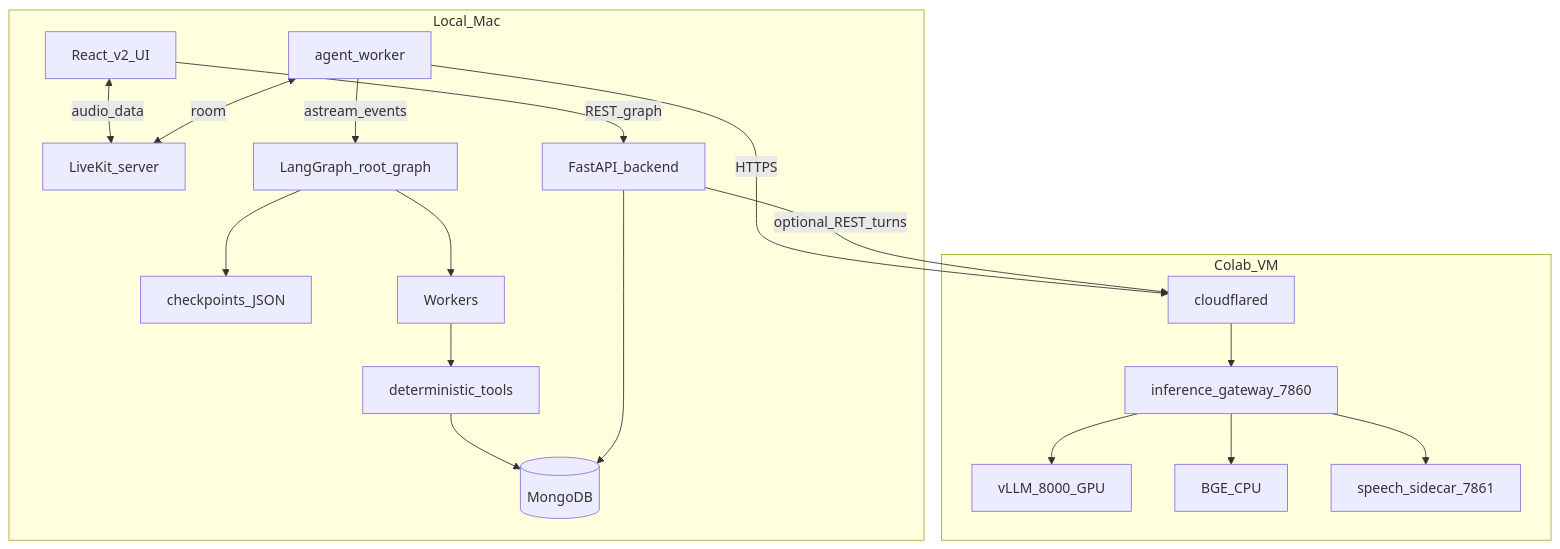
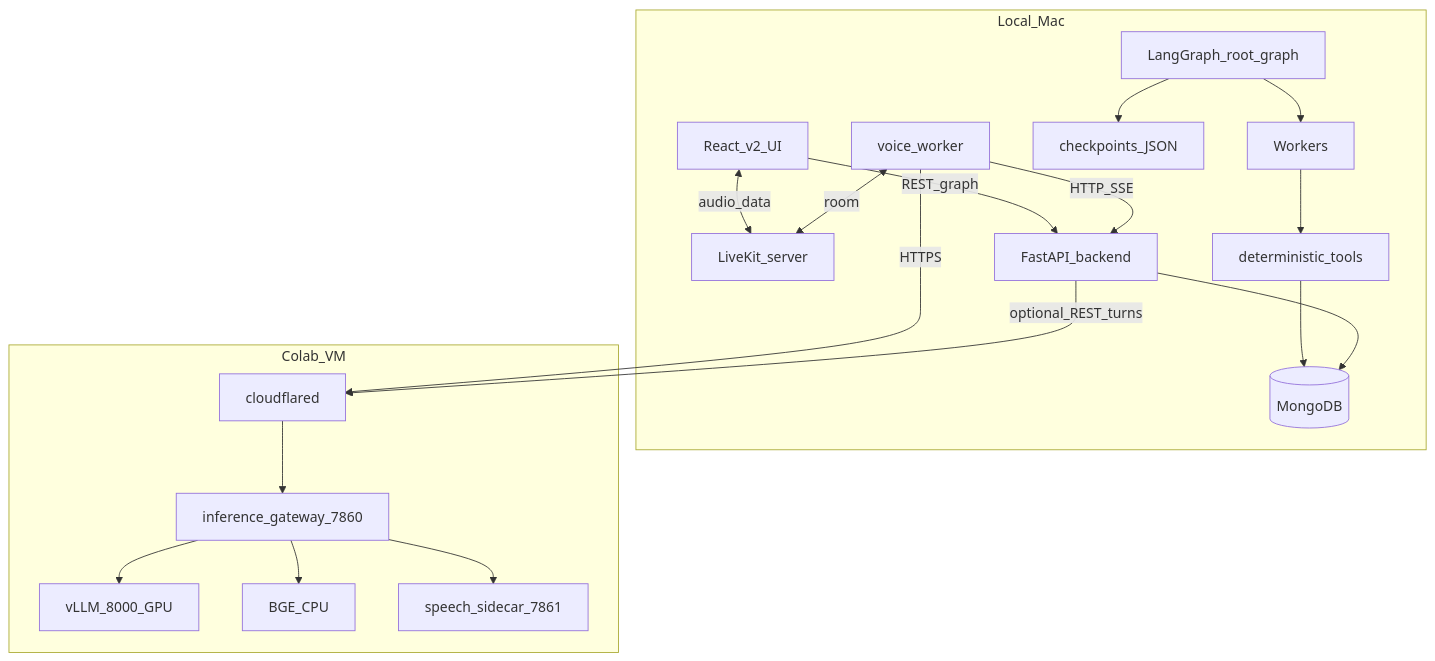
One commit to vedpatwardhan/me-mex changed the diagram in README.md. Above: the diagram before and after it, drawn with Mermaid. The commit also changed other lines of this file and 26 other files, not shown here.

First line of the commit message:
Rename LiveKit sidecar to voice_worker/voice_agent.

````diff
--- a/README.md
+++ b/README.md
@@ -121,30 +129,30 @@
 ```mermaid
 flowchart TB
   subgraph local [Local_Mac]
     UI[React_v2_UI]
     LK[LiveKit_server]
-    WK[agent_worker]
+    WK[voice_worker]
     API[FastAPI_backend]
     MG[(MongoDB)]
     CP[checkpoints_JSON]
     UI <-->|audio_data| LK
     WK <-->|room| LK
     UI -->|REST_graph| API
-    WK -->|astream_events| LangGraph
+    WK -->|HTTP_SSE| API
     LangGraph[LangGraph_root_graph] --> Workers
     Workers --> Tools[deterministic_tools]
     Tools --> MG
     LangGraph --> CP
     API --> MG
   end
   subgraph colab [Colab_VM]
     CF[cloudflared]
     GW[inference_gateway_7860]
     CF --> GW
     GW --> VLLM[vLLM_8000_GPU]
     GW --> RERANK[BGE_CPU]
     GW --> SP[speech_sidecar_7861]
   end
   WK -->|HTTPS| CF
   API -->|optional_REST_turns| CF
 ```
````
